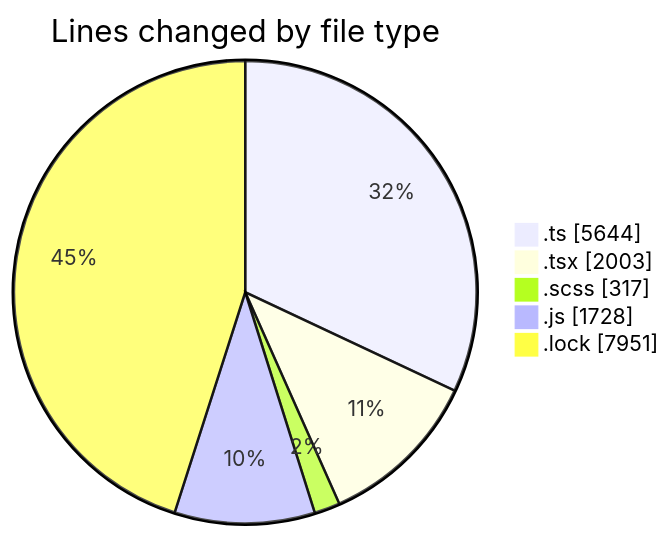
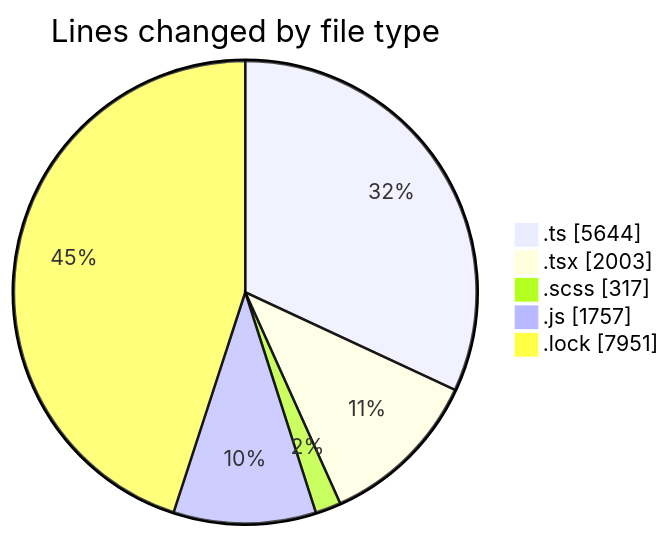
Before and after one commit to momahboobian/code-tracking: the first of 2 diagrams in 2025-03-21/cda/README.md, drawn with Mermaid. The commit also changed other lines of this file and 1 other file, not shown here.

````diff
--- a/2025-03-21/cda/README.md
+++ b/2025-03-21/cda/README.md
@@ -41,9 +41,9 @@
 ```mermaid
 pie showData
 title Lines changed by file type
 ".ts" : 5644
 ".tsx" : 2003
 ".scss" : 317
-".js" : 1728
+".js" : 1757
 ".lock" : 7951
 ```
````
